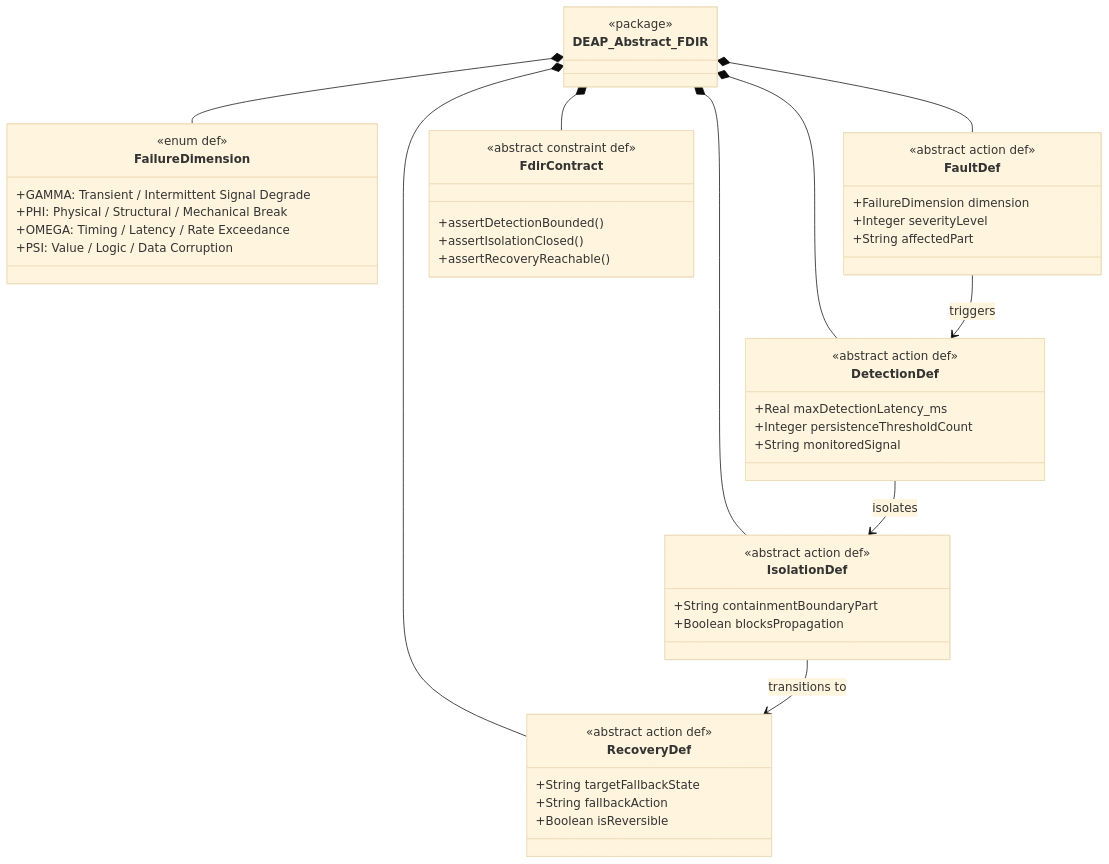
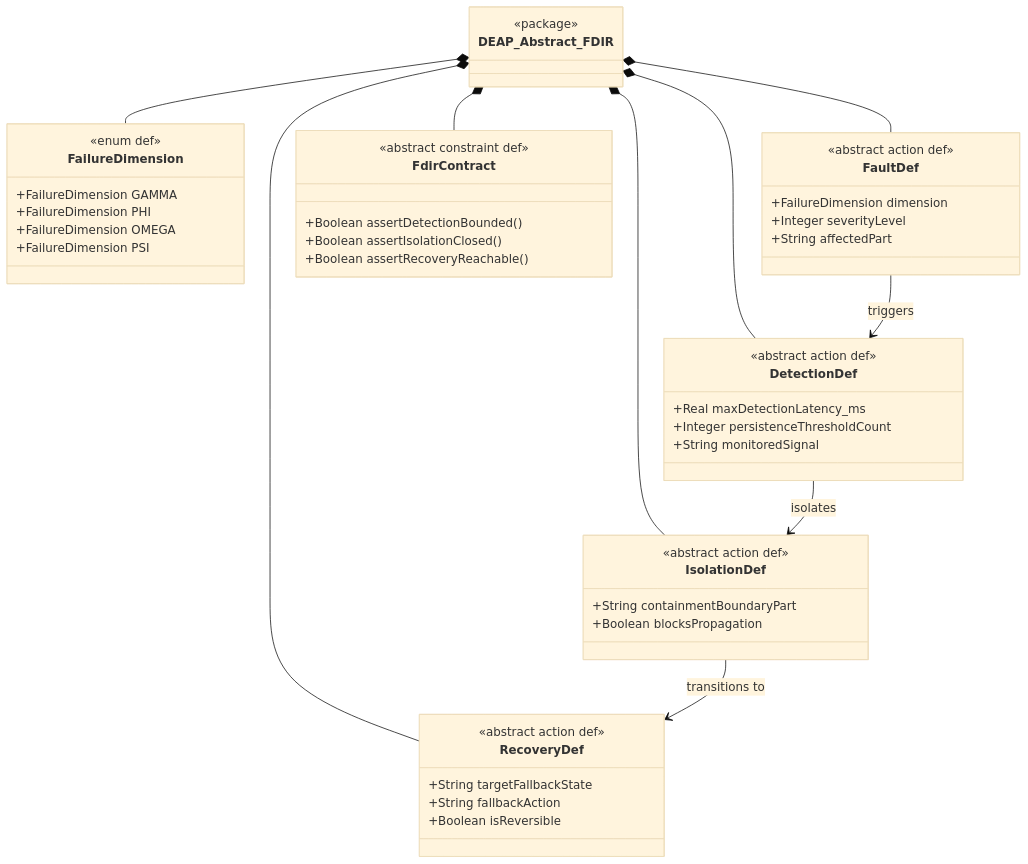
The second of 3 diagrams in docs/architecture/blueprints/DEAP_DOMAIN_INDEPENDENT_FDIR_BLUEPRINT.md (gintatkinson/DEAP01-spec-core), drawn with Mermaid (base theme) before and after one commit. The commit also changed other lines of this file and 28 other files, not shown here.

````diff
--- a/docs/architecture/blueprints/DEAP_DOMAIN_INDEPENDENT_FDIR_BLUEPRINT.md
+++ b/docs/architecture/blueprints/DEAP_DOMAIN_INDEPENDENT_FDIR_BLUEPRINT.md
@@ -79,52 +83,52 @@
 ```mermaid
 classDiagram
     class DEAP_Abstract_FDIR {
         <<package>>
     }
     class FailureDimension {
         <<enum def>>
-        +GAMMA: Transient / Intermittent Signal Degrade
-        +PHI: Physical / Structural / Mechanical Break
-        +OMEGA: Timing / Latency / Rate Exceedance
-        +PSI: Value / Logic / Data Corruption
+        +FailureDimension GAMMA
+        +FailureDimension PHI
+        +FailureDimension OMEGA
+        +FailureDimension PSI
     }
     class FaultDef {
         <<abstract action def>>
         +FailureDimension dimension
         +Integer severityLevel
         +String affectedPart
     }
     class DetectionDef {
         <<abstract action def>>
         +Real maxDetectionLatency_ms
         +Integer persistenceThresholdCount
         +String monitoredSignal
     }
     class IsolationDef {
         <<abstract action def>>
         +String containmentBoundaryPart
         +Boolean blocksPropagation
     }
     class RecoveryDef {
         <<abstract action def>>
         +String targetFallbackState
         +String fallbackAction
         +Boolean isReversible
     }
     class FdirContract {
         <<abstract constraint def>>
-        +assertDetectionBounded()
-        +assertIsolationClosed()
-        +assertRecoveryReachable()
+        +Boolean assertDetectionBounded()
+        +Boolean assertIsolationClosed()
+        +Boolean assertRecoveryReachable()
     }
 
     DEAP_Abstract_FDIR *-- FailureDimension
     DEAP_Abstract_FDIR *-- FaultDef
     DEAP_Abstract_FDIR *-- DetectionDef
     DEAP_Abstract_FDIR *-- IsolationDef
     DEAP_Abstract_FDIR *-- RecoveryDef
     DEAP_Abstract_FDIR *-- FdirContract
     FaultDef --> DetectionDef : triggers
     DetectionDef --> IsolationDef : isolates
     IsolationDef --> RecoveryDef : transitions to
 ```
````
